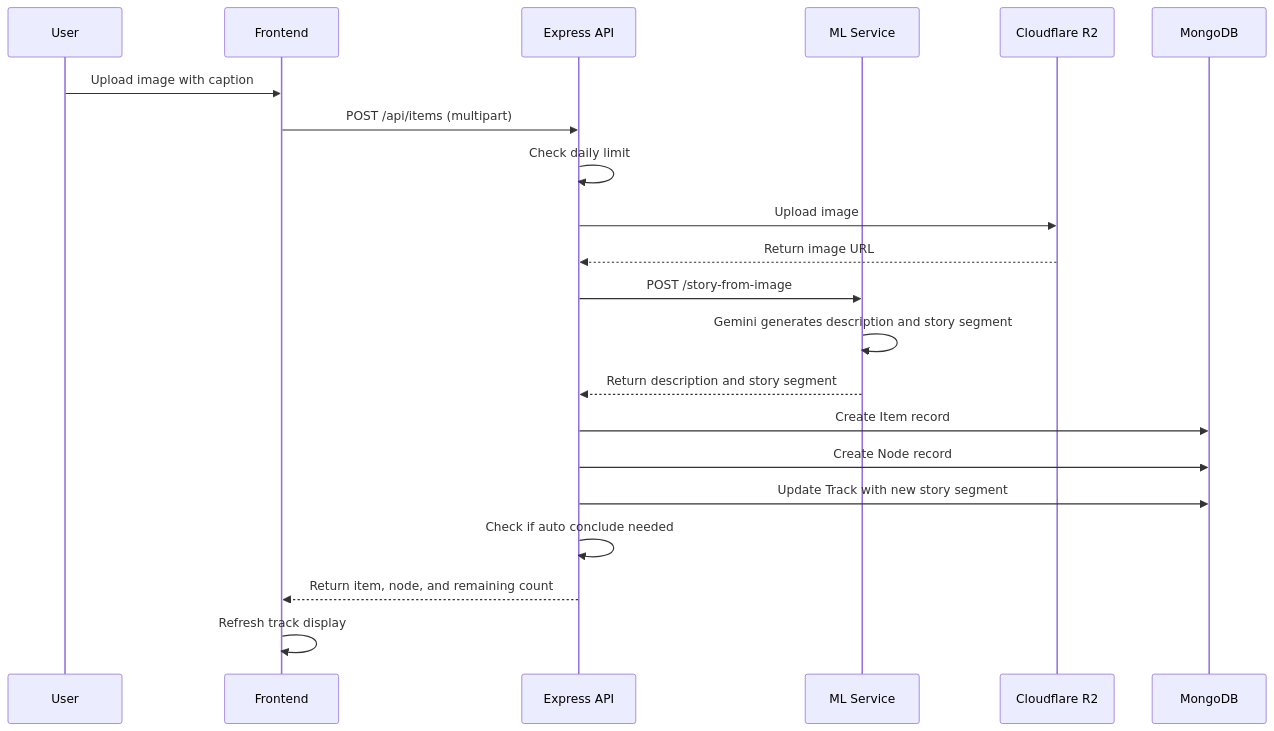
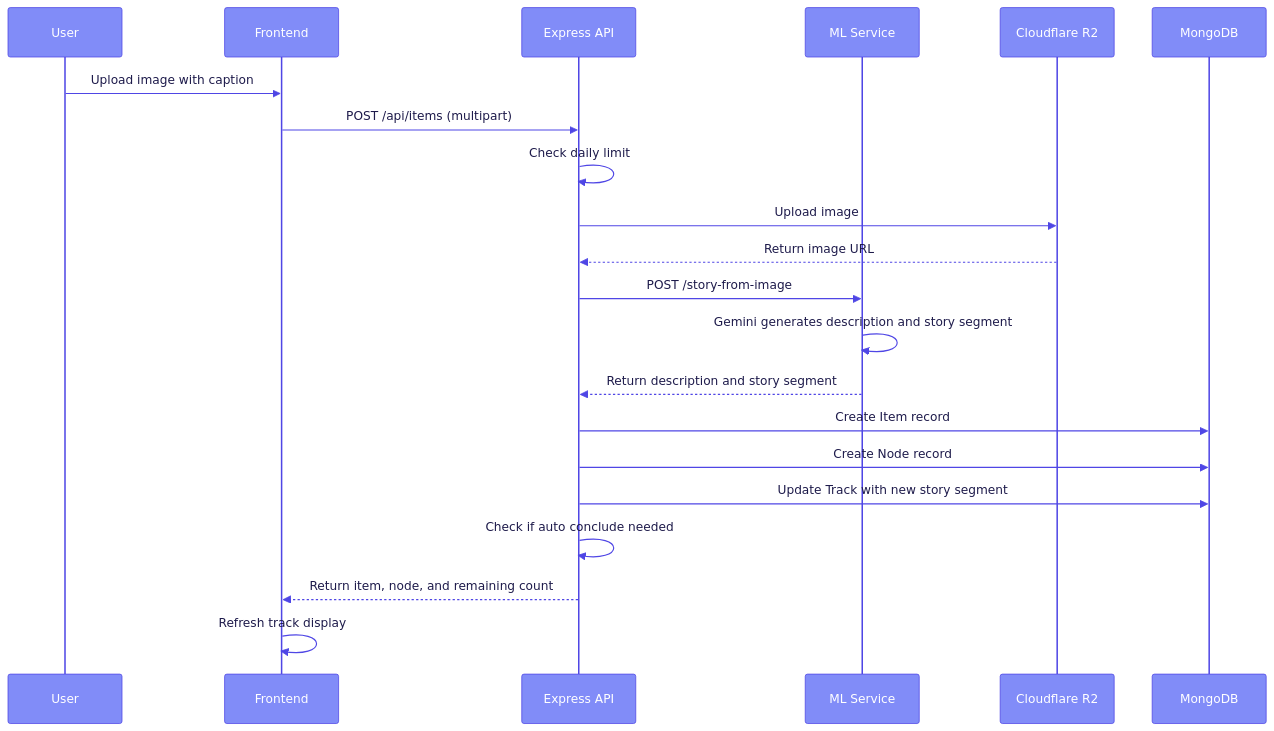
The second of 4 diagrams in README.md (hoangngo-sudo/the-morytale), drawn with Mermaid before and after one commit. The commit also changed other lines of this file, not shown here.

````diff
--- a/README.md
+++ b/README.md
@@ -122,24 +123,25 @@
 ```mermaid
+%%{init: {'theme': 'base', 'themeVariables': {'primaryColor': '#818cf8', 'primaryTextColor': '#ffffff', 'primaryBorderColor': '#4f46e5', 'lineColor': '#4f46e5', 'signalColor': '#4f46e5', 'signalTextColor': '#1e1b4b', 'actorBkg': '#818cf8', 'actorBorder': '#4f46e5', 'actorTextColor': '#ffffff', 'activationBkgColor': '#e0e7ff', 'activationBorderColor': '#4f46e5', 'noteBkgColor': '#e0e7ff', 'noteBorderColor': '#4f46e5', 'noteTextColor': '#1e1b4b', 'labelBoxBkgColor': '#e0e7ff', 'labelTextColor': '#1e1b4b', 'loopTextColor': '#1e1b4b', 'fontFamily': 'sans-serif'}}}%%
 sequenceDiagram
     participant U as User
     participant FE as Frontend
     participant API as Express API
     participant ML as ML Service
     participant R2 as Cloudflare R2
     participant DB as MongoDB
 
     U->>FE: Upload image with caption
     FE->>API: POST /api/items (multipart)
     API->>API: Check daily limit
     API->>R2: Upload image
     R2-->>API: Return image URL
     API->>ML: POST /story-from-image
     ML->>ML: Gemini generates description and story segment
     ML-->>API: Return description and story segment
     API->>DB: Create Item record
     API->>DB: Create Node record
     API->>DB: Update Track with new story segment
     API->>API: Check if auto conclude needed
     API-->>FE: Return item, node, and remaining count
     FE->>FE: Refresh track display
 ```
````
